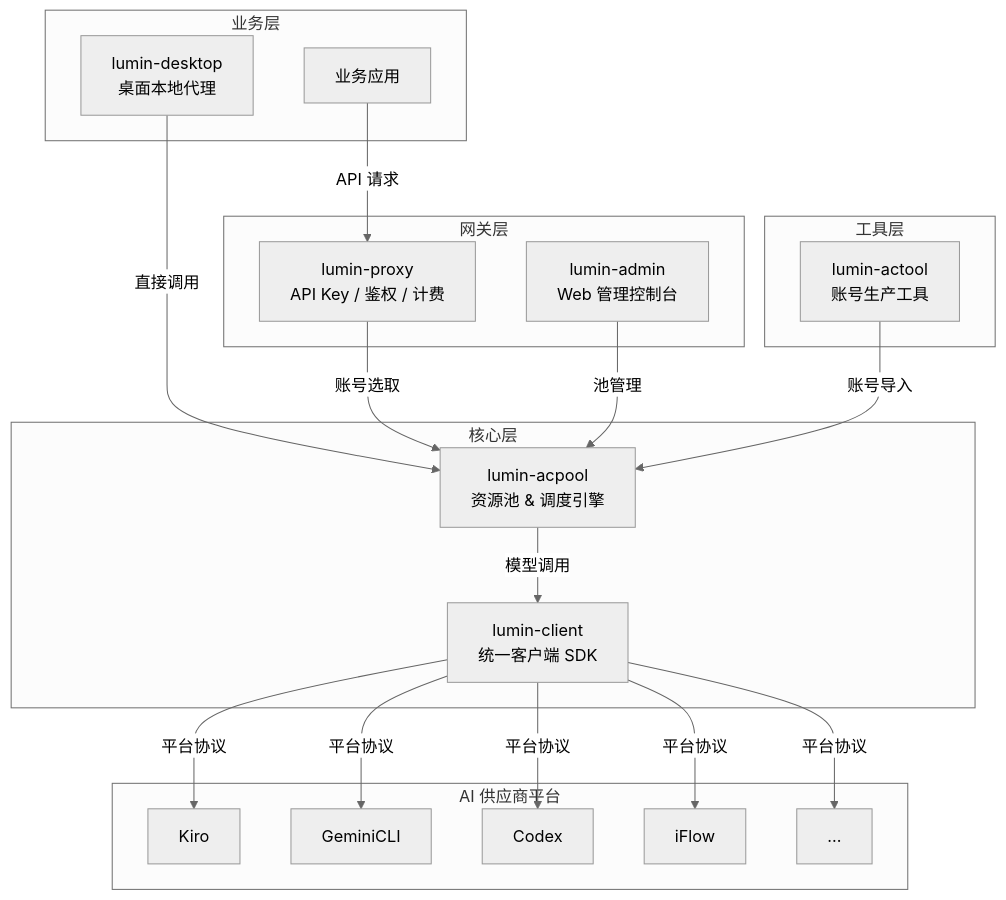
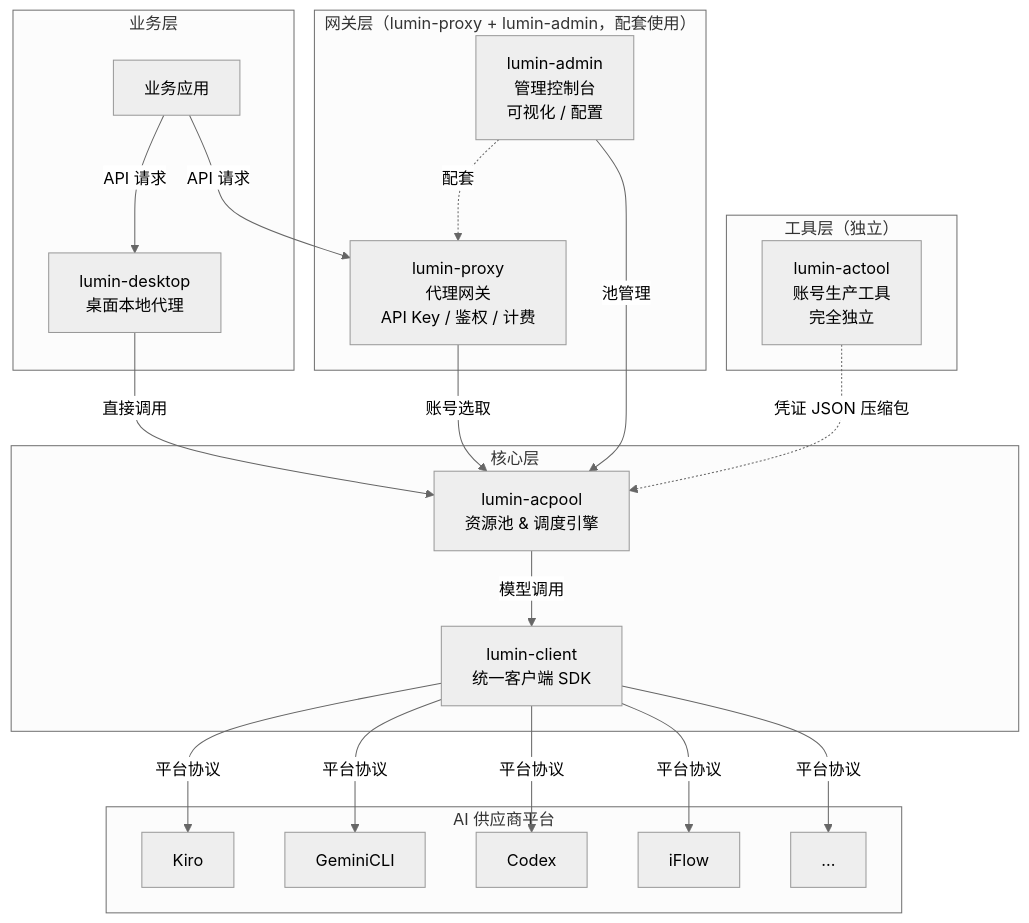
The first of 3 diagrams in docs/README_zh_CN.md (nomand-zc/lumin-acpool), drawn with Mermaid (neutral theme) before and after one commit. The commit also changed other lines of this file and 1 other file, not shown here.

````diff
--- a/docs/README_zh_CN.md
+++ b/docs/README_zh_CN.md
@@ -36,41 +36,43 @@
 ```mermaid
 graph TB
     subgraph "业务层"
         BIZ[业务应用]
         DESKTOP[lumin-desktop<br/>桌面本地代理]
     end
 
-    subgraph "网关层"
-        PROXY[lumin-proxy<br/>API Key / 鉴权 / 计费]
-        ADMIN[lumin-admin<br/>Web 管理控制台]
+    subgraph "网关层（lumin-proxy + lumin-admin，配套使用）"
+        PROXY[lumin-proxy<br/>代理网关<br/>API Key / 鉴权 / 计费]
+        ADMIN[lumin-admin<br/>管理控制台<br/>可视化 / 配置]
+        ADMIN -.->|配套| PROXY
     end
 
     subgraph "核心层"
         ACPOOL[lumin-acpool<br/>资源池 & 调度引擎]
         CLIENT[lumin-client<br/>统一客户端 SDK]
     end
 
-    subgraph "工具层"
-        ACTOOL[lumin-actool<br/>账号生产工具]
+    subgraph "工具层（独立）"
+        ACTOOL[lumin-actool<br/>账号生产工具<br/>完全独立]
     end
 
     subgraph "AI 供应商平台"
         KIRO[Kiro]
         GEMINI[GeminiCLI]
         CODEX[Codex]
         IFLOW[iFlow]
         MORE[...]
     end
 
     BIZ -->|API 请求| PROXY
+    BIZ -->|API 请求| DESKTOP
     DESKTOP -->|直接调用| ACPOOL
     PROXY -->|账号选取| ACPOOL
     ADMIN -->|池管理| ACPOOL
     ACPOOL -->|模型调用| CLIENT
     CLIENT -->|平台协议| KIRO
     CLIENT -->|平台协议| GEMINI
     CLIENT -->|平台协议| CODEX
     CLIENT -->|平台协议| IFLOW
     CLIENT -->|平台协议| MORE
-    ACTOOL -->|账号导入| ACPOOL
+    ACTOOL -.->|凭证 JSON 压缩包| ACPOOL
 ```
````
